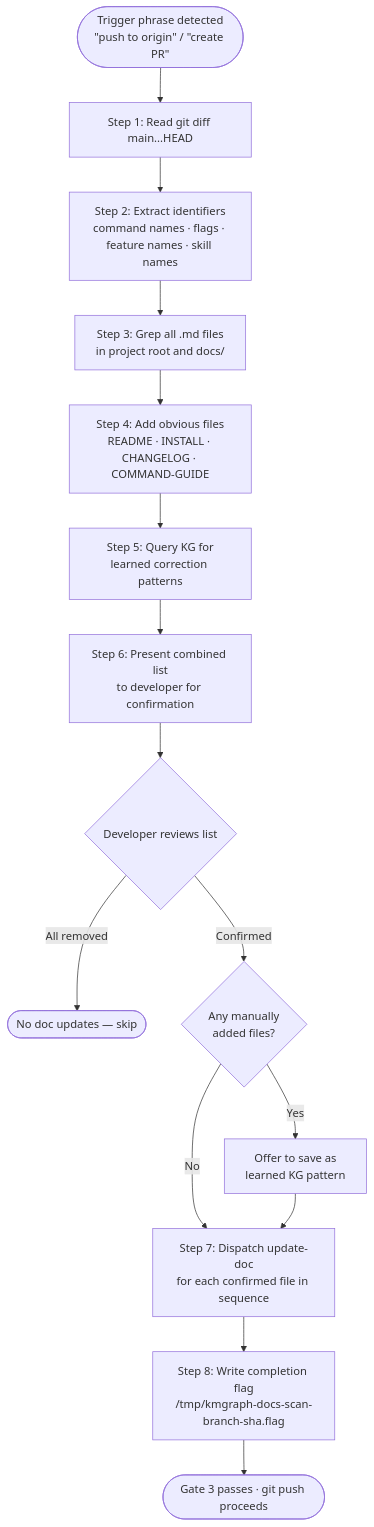
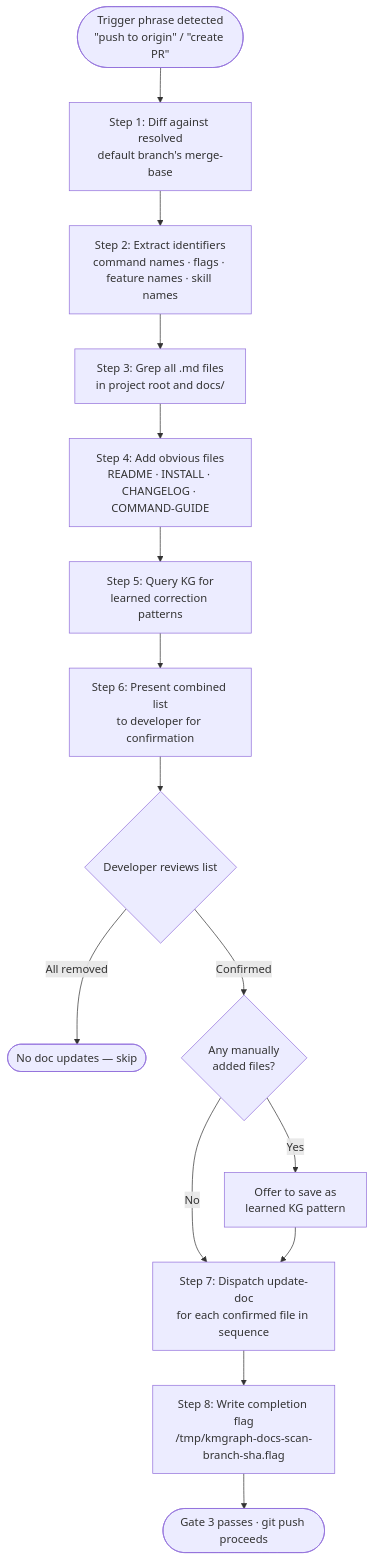
One commit to technomensch/knowledge-graph changed the first of 2 diagrams in docs/pillars/tailoring/docs-impact-scan.md. Above: the diagram before and after it, drawn with Mermaid. The commit also changed other lines of this file and 9 other files, not shown here.

````diff
--- a/docs/pillars/tailoring/docs-impact-scan.md
+++ b/docs/pillars/tailoring/docs-impact-scan.md
@@ -26,18 +26,18 @@
 ```mermaid
 flowchart TD
-    A([Trigger phrase detected\n&quot;push to origin&quot; / &quot;create PR&quot;]) --> B[Step 1: Read git diff main...HEAD]
+    A([Trigger phrase detected\n&quot;push to origin&quot; / &quot;create PR&quot;]) --> B[Step 1: Diff against resolved\ndefault branch's merge-base]
     B --> C[Step 2: Extract identifiers\ncommand names · flags · feature names · skill names]
     C --> D[Step 3: Grep all .md files\nin project root and docs/]
     D --> E[Step 4: Add obvious files\nREADME · INSTALL · CHANGELOG · COMMAND-GUIDE]
     E --> F[Step 5: Query KG for\nlearned correction patterns]
     F --> G[Step 6: Present combined list\nto developer for confirmation]
     G --> H{Developer reviews list}
     H -->|All removed| Z([No doc updates — skip])
     H -->|Confirmed| I{Any manually\nadded files?}
     I -->|Yes| J[Offer to save as\nlearned KG pattern]
     I -->|No| K
     J --> K[Step 7: Dispatch update-doc\nfor each confirmed file in sequence]
     K --> L[Step 8: Write completion flag\n/tmp/kmgraph-docs-scan-branch-sha.flag]
     L --> M([Gate 3 passes · git push proceeds])
 
 ```
````
